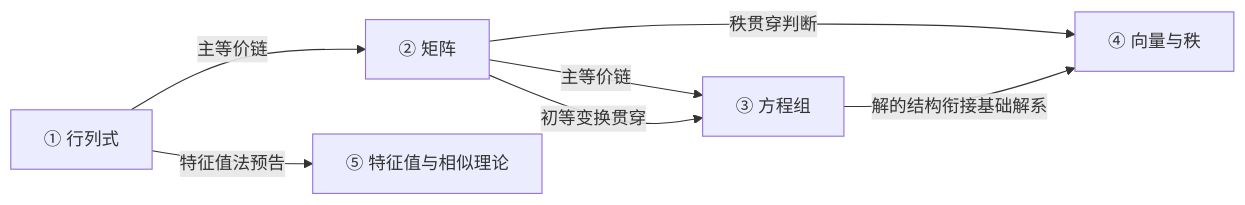
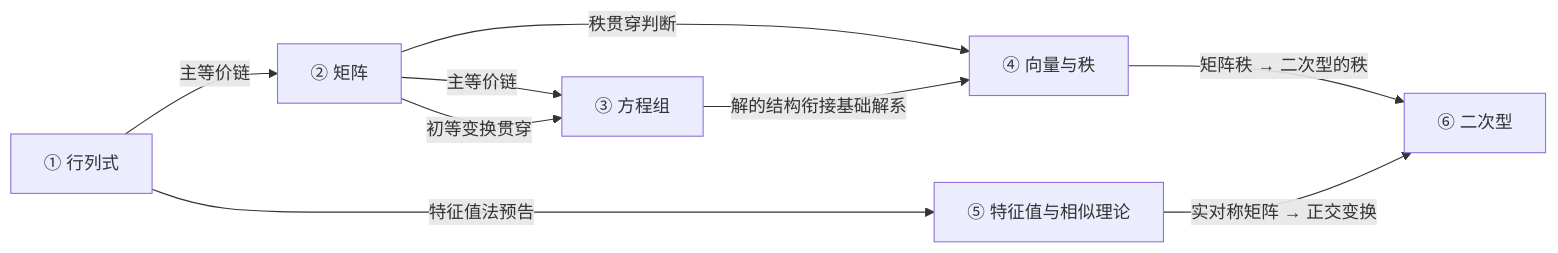
The diagram in 线性代数/必背知识.md (Treasoni/kaoyan), drawn with Mermaid before and after one commit. The commit also changed other lines of this file and 1 other file, not shown here.

````diff
--- a/线性代数/必背知识.md
+++ b/线性代数/必背知识.md
@@ -26,15 +26,18 @@
 ```mermaid
 flowchart LR
     D["① 行列式"]
     M["② 矩阵"]
     E["③ 方程组"]
     V["④ 向量与秩"]
     EV["⑤ 特征值与相似理论"]
+    QF["⑥ 二次型"]
 
     D -- "主等价链" --> M
     M -- "主等价链" --> E
     D -- "特征值法预告" --> EV
     M -- "初等变换贯穿" --> E
     M -- "秩贯穿判断" --> V
     E -- "解的结构衔接基础解系" --> V
+    V -- "矩阵秩 → 二次型的秩" --> QF
+    EV -- "实对称矩阵 → 正交变换" --> QF
 ```
````
